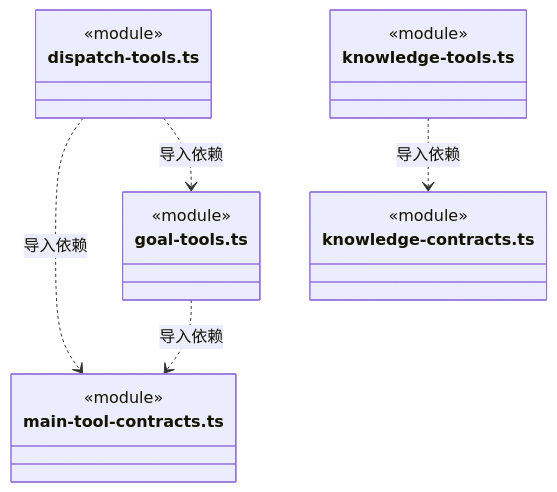
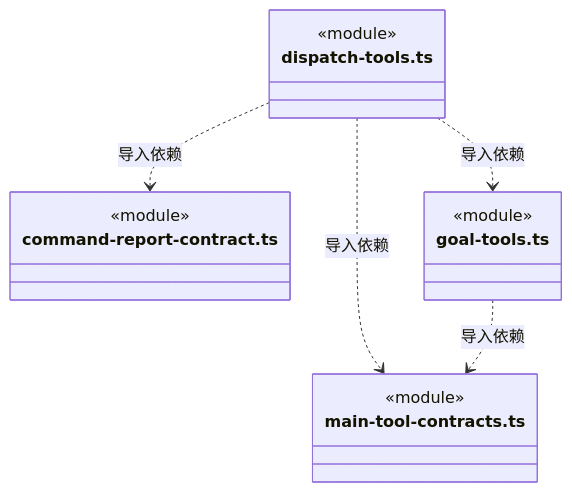
Diagram 12 of 14 in src/backend/scheduler-engine/tools/ARCHITECTURE.md (nan023062/cbim), drawn with Mermaid before and after one commit. The commit also changed other lines of this file and 68 other files, not shown here.

````diff
--- a/src/backend/scheduler-engine/tools/ARCHITECTURE.md
+++ b/src/backend/scheduler-engine/tools/ARCHITECTURE.md
@@ -263,22 +278,19 @@
 ```mermaid
 classDiagram
 class N_src_backend_scheduler_engine_tools_dispatch_tools_ts["dispatch-tools.ts"] {
   <<module>>
 }
 class N_src_backend_scheduler_engine_tools_main_tool_contracts_ts["main-tool-contracts.ts"] {
   <<module>>
 }
+class N_src_backend_scheduler_engine_tools_command_report_contract_ts["command-report-contract.ts"] {
+  <<module>>
+}
 class N_src_backend_scheduler_engine_tools_goal_tools_ts["goal-tools.ts"] {
   <<module>>
 }
-class N_src_backend_scheduler_engine_tools_knowledge_tools_ts["knowledge-tools.ts"] {
-  <<module>>
-}
-class N_src_backend_scheduler_engine_tools_knowledge_contracts_ts["knowledge-contracts.ts"] {
-  <<module>>
-}
 N_src_backend_scheduler_engine_tools_dispatch_tools_ts ..> N_src_backend_scheduler_engine_tools_main_tool_contracts_ts : 导入依赖
+N_src_backend_scheduler_engine_tools_dispatch_tools_ts ..> N_src_backend_scheduler_engine_tools_command_report_contract_ts : 导入依赖
 N_src_backend_scheduler_engine_tools_dispatch_tools_ts ..> N_src_backend_scheduler_engine_tools_goal_tools_ts : 导入依赖
 N_src_backend_scheduler_engine_tools_goal_tools_ts ..> N_src_backend_scheduler_engine_tools_main_tool_contracts_ts : 导入依赖
-N_src_backend_scheduler_engine_tools_knowledge_tools_ts ..> N_src_backend_scheduler_engine_tools_knowledge_contracts_ts : 导入依赖
 ```
````
